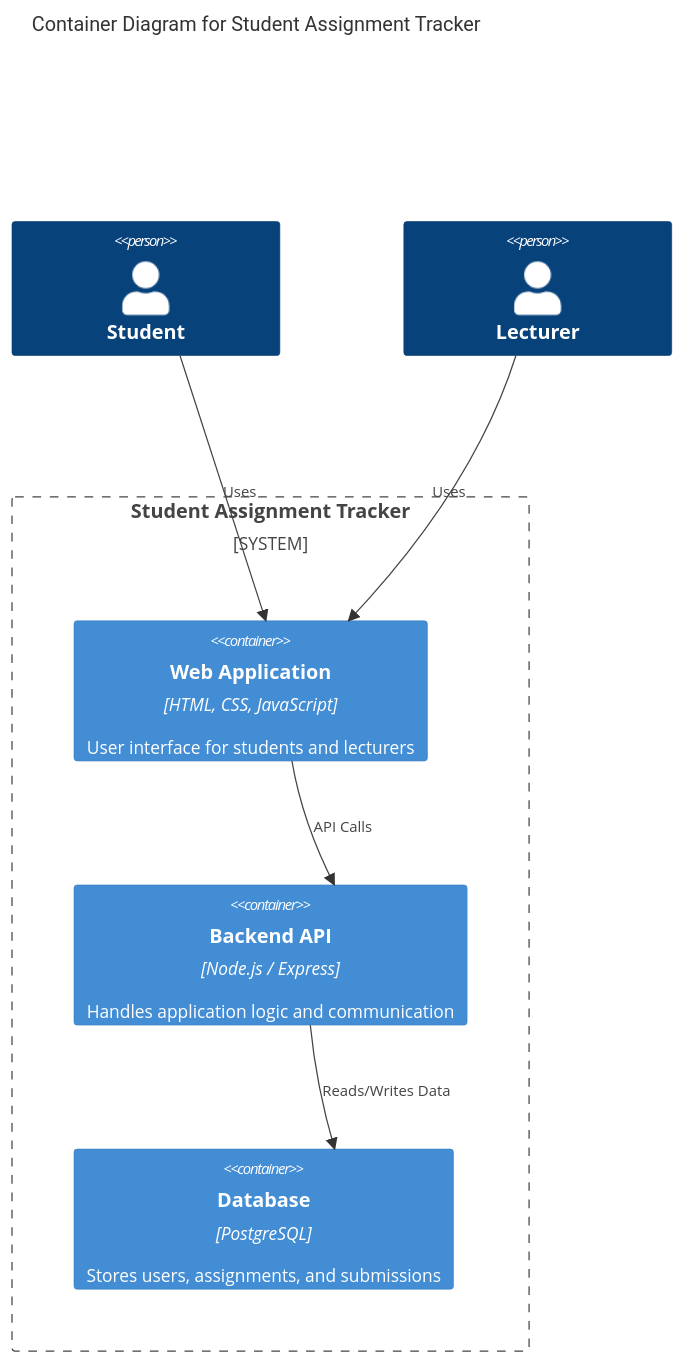
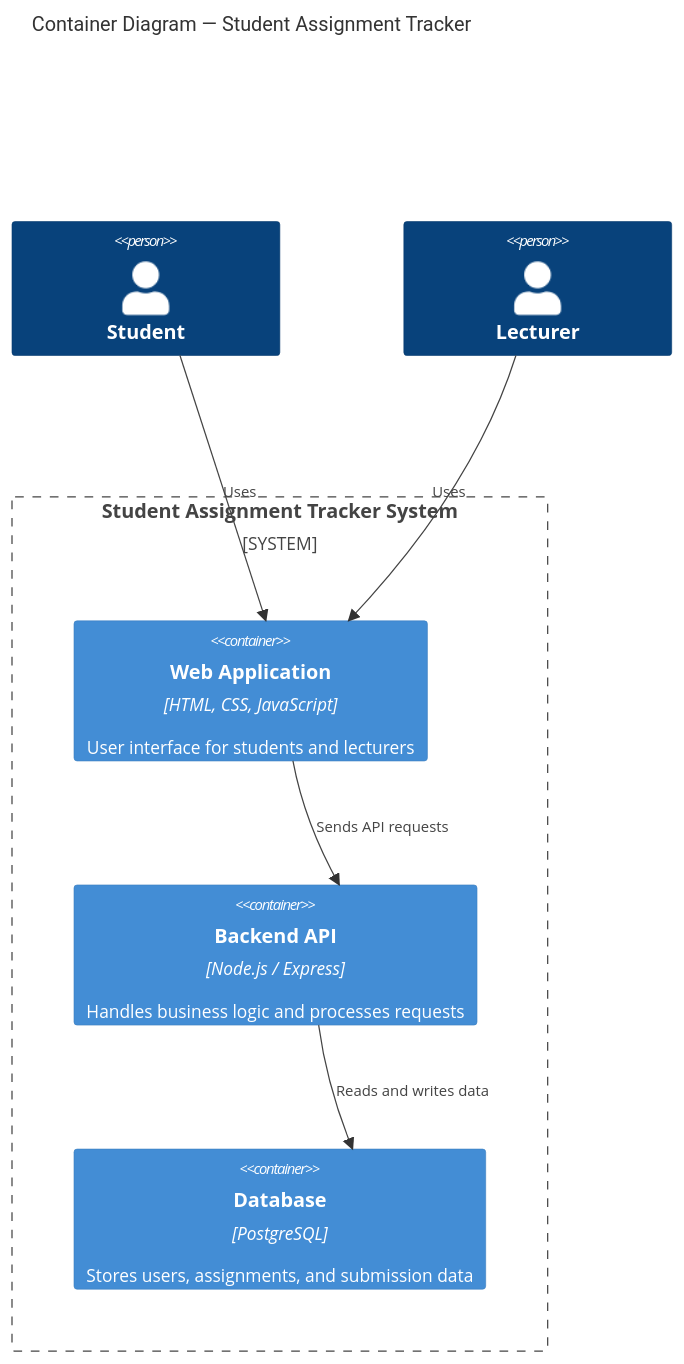
One commit to 219181527/student-assignment-tracker changed the second of 2 diagrams in ARCHITECTURE.md. Above: the diagram before and after it, drawn with Mermaid. The commit also changed other lines of this file, not shown here.

Commit message:
Improve C4 diagram layout for readability

````diff
--- a/ARCHITECTURE.md
+++ b/ARCHITECTURE.md
@@ -56,23 +58,25 @@
 ```mermaid
 C4Container
-title Container Diagram for Student Assignment Tracker
+title Container Diagram — Student Assignment Tracker
 
 Person(student, "Student")
 Person(lecturer, "Lecturer")
 
-System_Boundary(system, "Student Assignment Tracker") {
+System_Boundary(system, "Student Assignment Tracker System") {
 
-Container(web_app, "Web Application", "HTML, CSS, JavaScript", "User interface for students and lecturers")
+Container(web, "Web Application", "HTML, CSS, JavaScript", "User interface for students and lecturers")
 
-Container(api, "Backend API", "Node.js / Express", "Handles application logic and communication")
+Container(api, "Backend API", "Node.js / Express", "Handles business logic and processes requests")
 
-Container(database, "Database", "PostgreSQL", "Stores users, assignments, and submissions")
+Container(db, "Database", "PostgreSQL", "Stores users, assignments, and submission data")
 
 }
 
-Rel(student, web_app, "Uses")
-Rel(lecturer, web_app, "Uses")
+Rel(student, web, "Uses")
+Rel(lecturer, web, "Uses")
 
-Rel(web_app, api, "API Calls")
-Rel(api, database, "Reads/Writes Data")
+Rel(web, api, "Sends API requests")
+Rel(api, db, "Reads and writes data")
+
+UpdateLayoutConfig($c4ShapeInRow="2", $c4BoundaryInRow="1")
 ```
````
